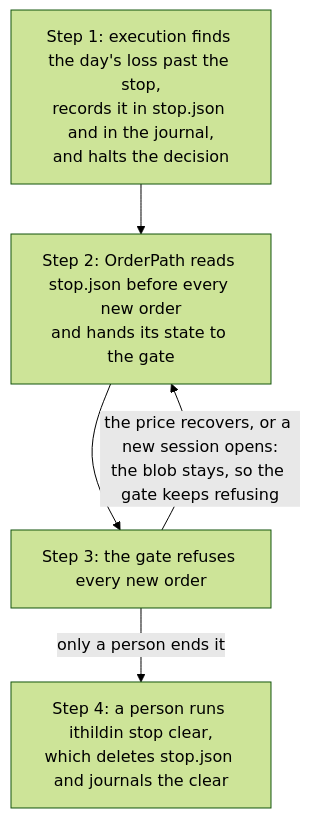
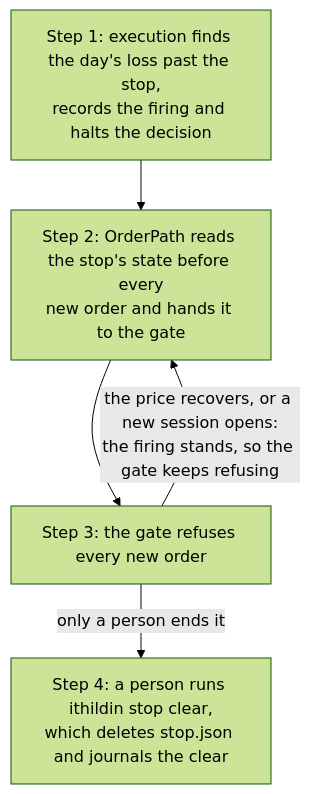
Diagram 14 of 18 in docs/architecture/06-runtime.md (l3a0/ithildin-runtime), drawn with Mermaid (forest theme) before and after one commit. The commit also changed other lines of this file and 21 other files, not shown here.

````diff
--- a/docs/architecture/06-runtime.md
+++ b/docs/architecture/06-runtime.md
@@ -875,11 +877,11 @@
 ```mermaid
 flowchart TD
-    fire["Step 1: execution finds the day's loss past the stop,<br/>records it in stop.json and in the journal,<br/>and halts the decision"]
-    read["Step 2: OrderPath reads stop.json before every new order<br/>and hands its state to the gate"]
+    fire["Step 1: execution finds the day's loss past the stop,<br/>records the firing and halts the decision"]
+    read["Step 2: OrderPath reads the stop's state before every<br/>new order and hands it to the gate"]
     refuse["Step 3: the gate refuses every new order"]
     clear["Step 4: a person runs ithildin stop clear,<br/>which deletes stop.json and journals the clear"]
     fire --> read
     read --> refuse
-    refuse -->|"the price recovers, or a new session opens:<br/>the blob stays, so the gate keeps refusing"| read
+    refuse -->|"the price recovers, or a new session opens:<br/>the firing stands, so the gate keeps refusing"| read
     refuse -->|"only a person ends it"| clear
 ```
````
